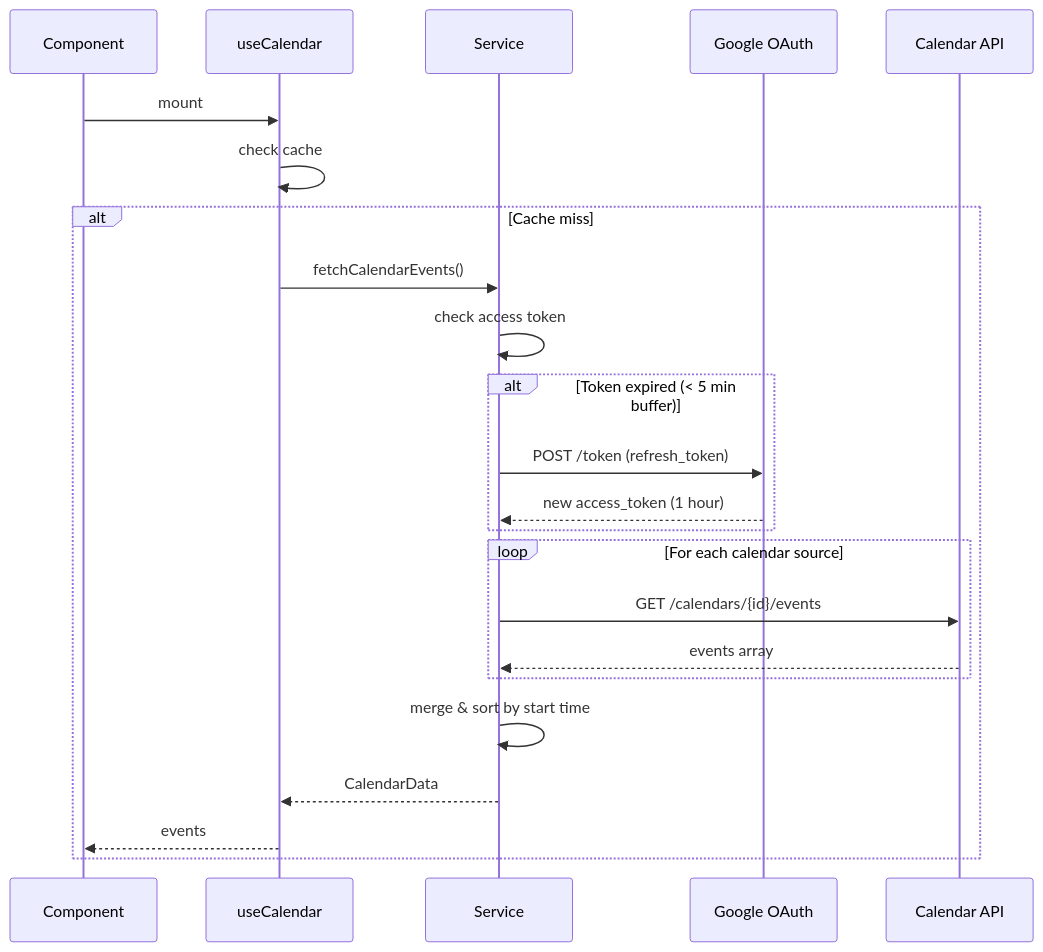
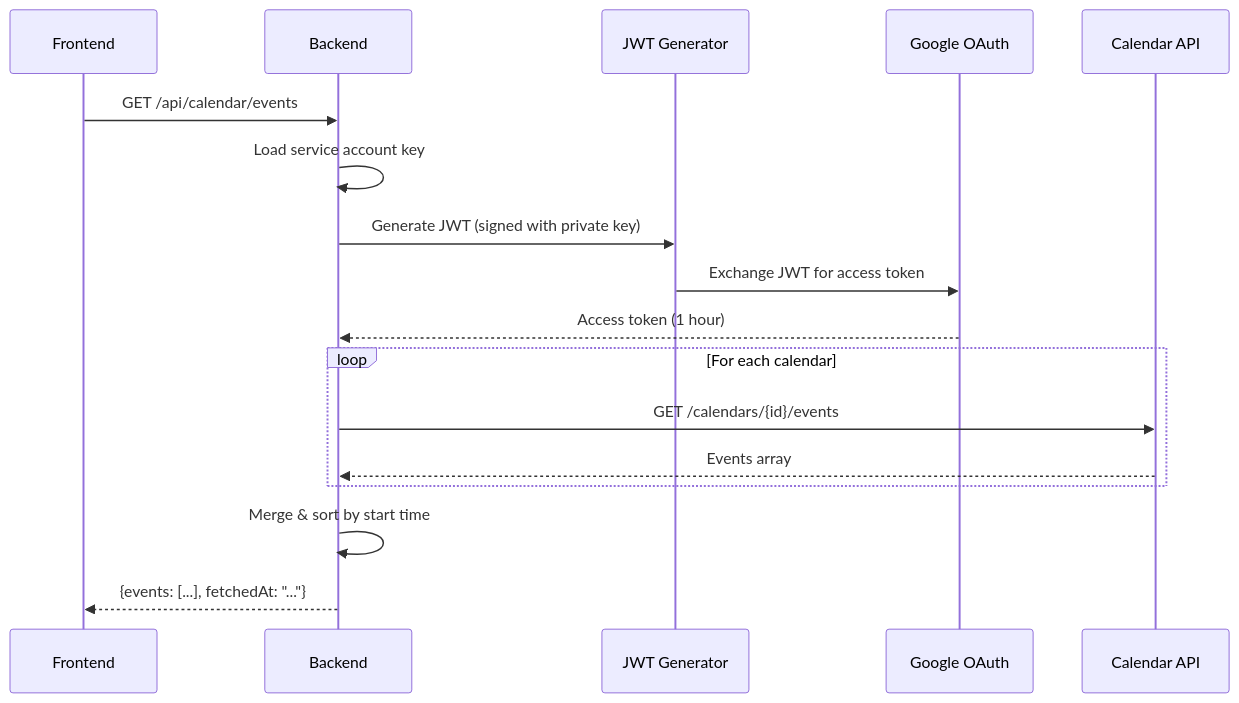
The second of 2 diagrams in docs/architecture/widget-calendar.md (espenr/kiosk-app), drawn with Mermaid before and after one commit. The commit also changed other lines of this file and 8 other files, not shown here.

First line of the commit message:
Fix calendar service account authentication and remove OAuth references

````diff
--- a/docs/architecture/widget-calendar.md
+++ b/docs/architecture/widget-calendar.md
@@ -40,26 +42,20 @@
 ```mermaid
 sequenceDiagram
-    participant Component
-    participant useCalendar
-    participant Service
+    participant Frontend
+    participant Backend
+    participant JWT as JWT Generator
     participant OAuth as Google OAuth
     participant API as Calendar API
 
-    Component->>useCalendar: mount
-    useCalendar->>useCalendar: check cache
-    alt Cache miss
-        useCalendar->>Service: fetchCalendarEvents()
-        Service->>Service: check access token
-        alt Token expired (< 5 min buffer)
-            Service->>OAuth: POST /token (refresh_token)
-            OAuth-->>Service: new access_token (1 hour)
-        end
-        loop For each calendar source
-            Service->>API: GET /calendars/{id}/events
-            API-->>Service: events array
-        end
-        Service->>Service: merge & sort by start time
-        Service-->>useCalendar: CalendarData
-        useCalendar-->>Component: events
+    Frontend->>Backend: GET /api/calendar/events
+    Backend->>Backend: Load service account key
+    Backend->>JWT: Generate JWT (signed with private key)
+    JWT->>OAuth: Exchange JWT for access token
+    OAuth-->>Backend: Access token (1 hour)
+    loop For each calendar
+        Backend->>API: GET /calendars/{id}/events
+        API-->>Backend: Events array
     end
+    Backend->>Backend: Merge & sort by start time
+    Backend-->>Frontend: {events: [...], fetchedAt: "..."}
 ```
````
